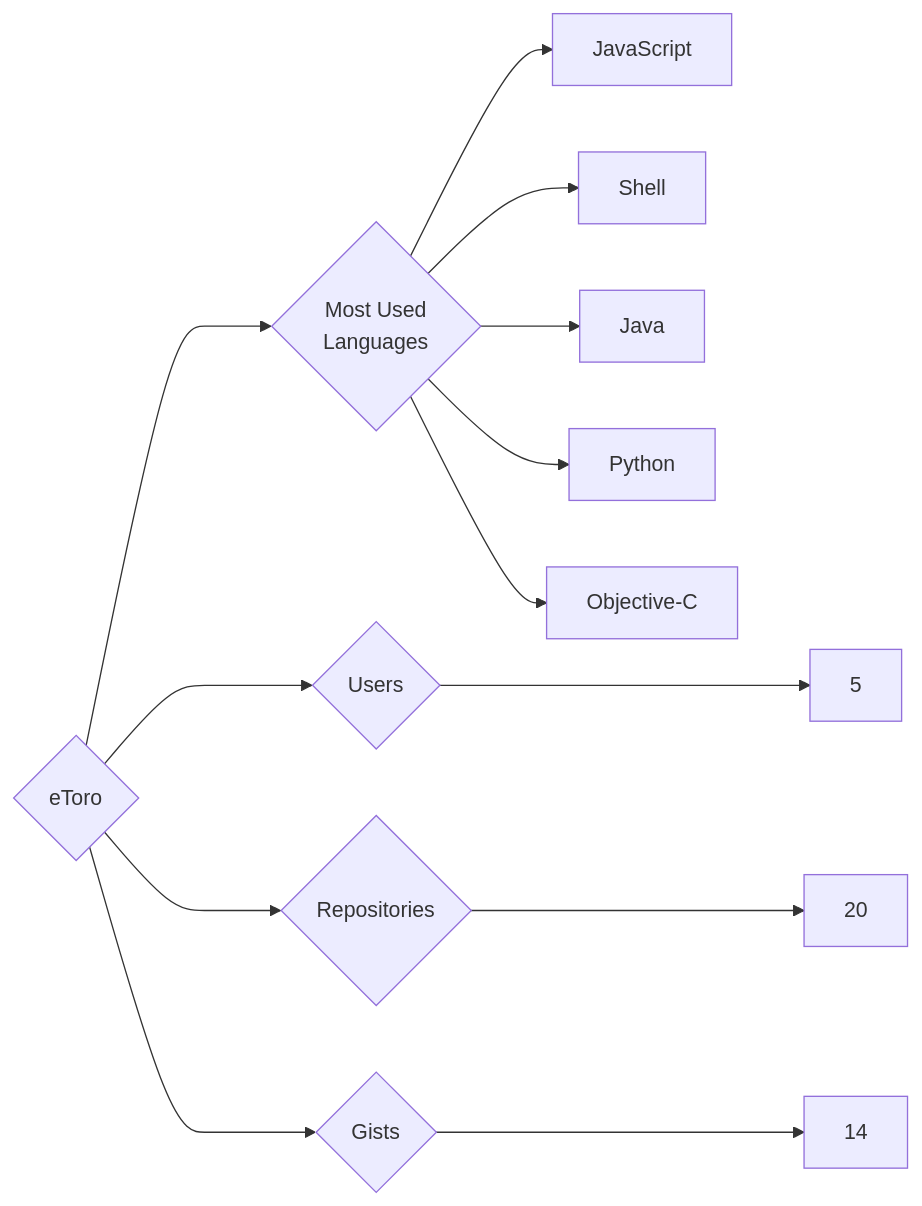
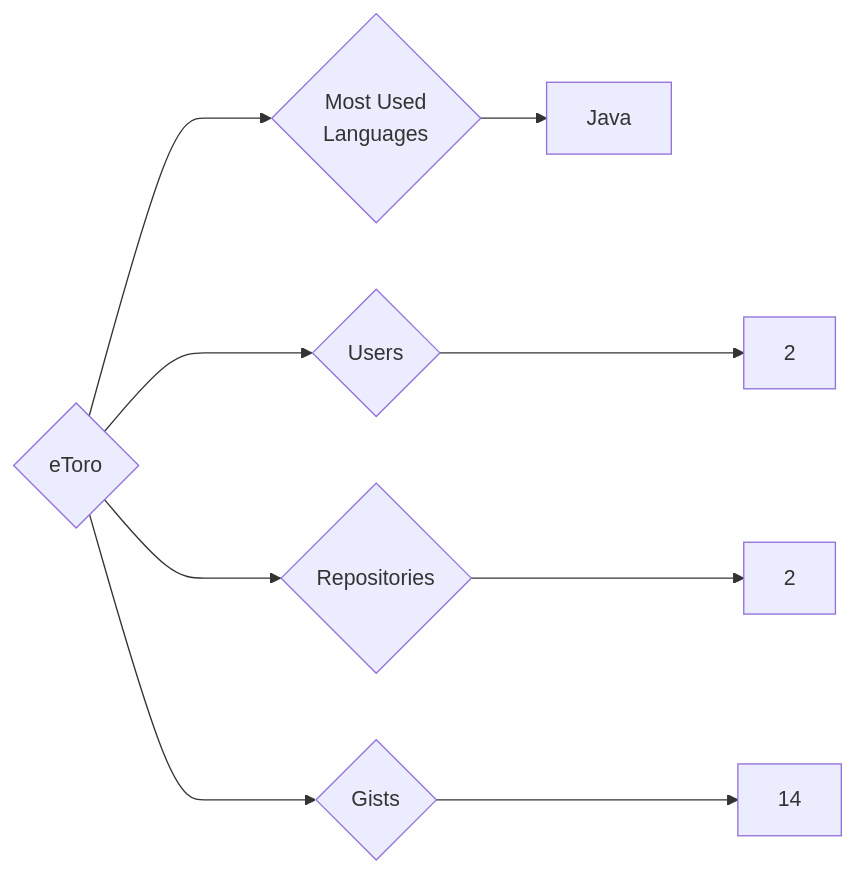
One commit to trickest/insiders changed the diagram in targets/eToro/README.md. Above: the diagram before and after it, drawn with Mermaid. The commit also changed 559 other files, not shown here.

````diff
--- a/targets/eToro/README.md
+++ b/targets/eToro/README.md
@@ -3,13 +3,9 @@
 ```mermaid
 graph LR
 COMPANY_NAME{eToro}
-COMPANY_NAME ---> U{Users} ---> UN[5]
-COMPANY_NAME ---> R{Repositories} ---> RN[20]
+COMPANY_NAME ---> U{Users} ---> UN[2]
+COMPANY_NAME ---> R{Repositories} ---> RN[2]
 COMPANY_NAME ---> G{Gists} ---> GN[14]
 COMPANY_NAME ---> ML{Most Used<br>Languages}
-ML --> JavaScript[JavaScript]
-ML --> Shell[Shell]
 ML --> Java[Java]
-ML --> Python[Python]
-ML --> Objective-C[Objective-C]
 ```
````
